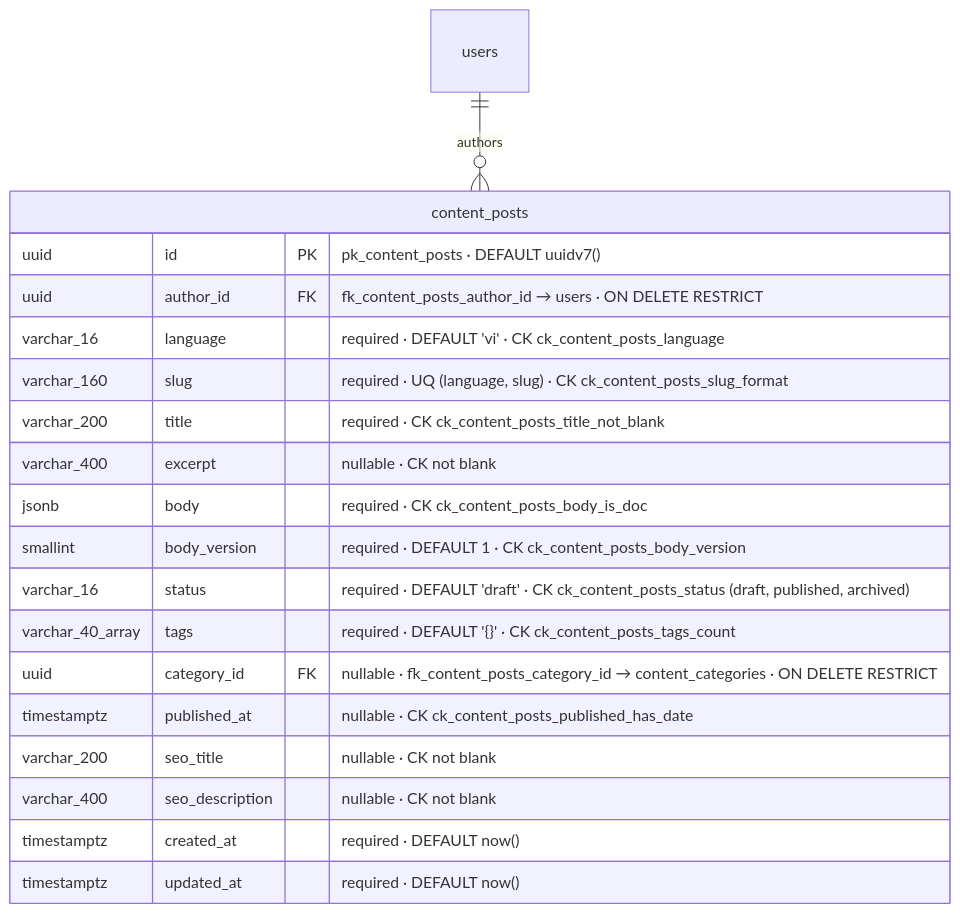
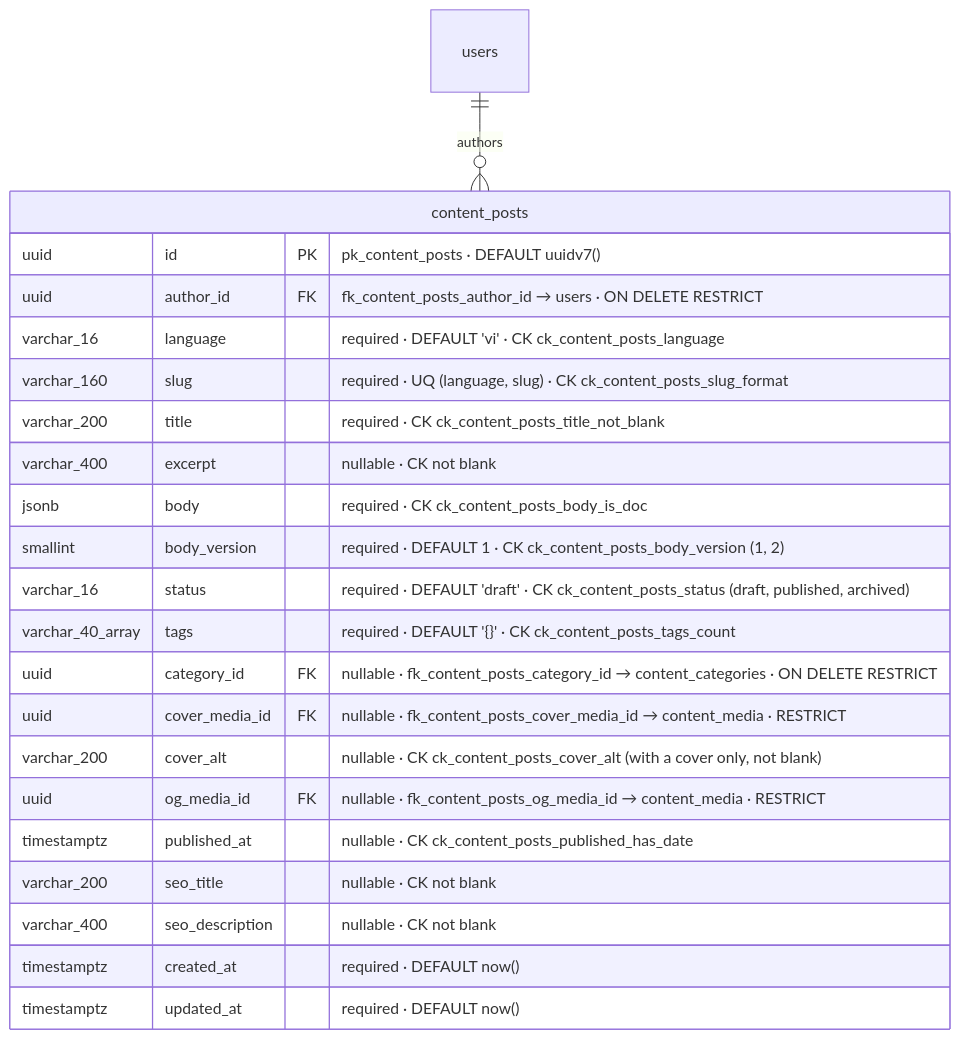
Before and after one commit to kienquocnguyen/xuan-api: the third of 8 diagrams in docs/database.md, drawn with Mermaid. The commit also changed other lines of this file and 6 other files, not shown here.

Commit message:
feat(content): add post media and cover/OG references

````diff
--- a/docs/database.md
+++ b/docs/database.md
@@ -365,22 +366,25 @@
 ```mermaid
 erDiagram
     users ||--o{ content_posts : "authors"
     content_posts {
         uuid id PK "pk_content_posts · DEFAULT uuidv7()"
         uuid author_id FK "fk_content_posts_author_id → users · ON DELETE RESTRICT"
         varchar_16 language "required · DEFAULT 'vi' · CK ck_content_posts_language"
         varchar_160 slug "required · UQ (language, slug) · CK ck_content_posts_slug_format"
         varchar_200 title "required · CK ck_content_posts_title_not_blank"
         varchar_400 excerpt "nullable · CK not blank"
         jsonb body "required · CK ck_content_posts_body_is_doc"
-        smallint body_version "required · DEFAULT 1 · CK ck_content_posts_body_version"
+        smallint body_version "required · DEFAULT 1 · CK ck_content_posts_body_version (1, 2)"
         varchar_16 status "required · DEFAULT 'draft' · CK ck_content_posts_status (draft, published, archived)"
         varchar_40_array tags "required · DEFAULT '{}' · CK ck_content_posts_tags_count"
         uuid category_id FK "nullable · fk_content_posts_category_id → content_categories · ON DELETE RESTRICT"
+        uuid cover_media_id FK "nullable · fk_content_posts_cover_media_id → content_media · RESTRICT"
+        varchar_200 cover_alt "nullable · CK ck_content_posts_cover_alt (with a cover only, not blank)"
+        uuid og_media_id FK "nullable · fk_content_posts_og_media_id → content_media · RESTRICT"
         timestamptz published_at "nullable · CK ck_content_posts_published_has_date"
         varchar_200 seo_title "nullable · CK not blank"
         varchar_400 seo_description "nullable · CK not blank"
         timestamptz created_at "required · DEFAULT now()"
         timestamptz updated_at "required · DEFAULT now()"
     }
 ```
````
